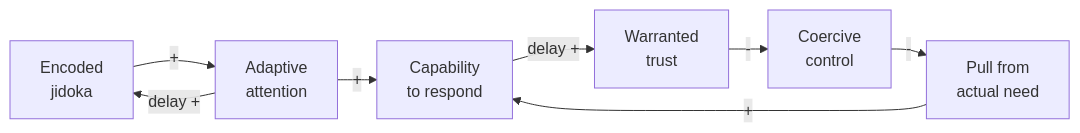
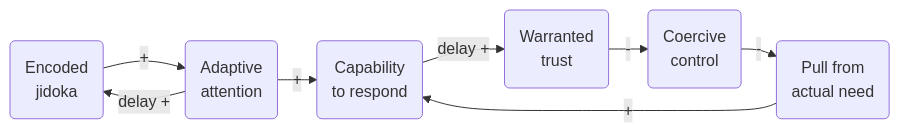
Before and after one commit to terryyin/terry-talks: the second of 3 diagrams in slides/tps-and-ai/slides.md, drawn with Mermaid. The commit also changed other lines of this file and 2 other files, not shown here.

````diff
--- a/slides/tps-and-ai/slides.md
+++ b/slides/tps-and-ai/slides.md
@@ -376,18 +377,18 @@
 ```mermaid {scale: 0.75}
 %%{init: {'flowchart': {'rankSpacing': 30, 'nodeSpacing': 25}}}%%
 flowchart LR
-  EJ[Encoded<br>jidoka]
-  AA[Adaptive<br>attention]
-  CAP[Capability<br>to respond]
-  WT[Warranted<br>trust]
-  CC[Coercive<br>control]
-  PULL[Pull from<br>actual need]
+  EJ(Encoded<br>jidoka)
+  AA(Adaptive<br>attention)
+  CAP(Capability<br>to respond)
+  WT(Warranted<br>trust)
+  CC(Coercive<br>control)
+  PULL(Pull from<br>actual need)
 
   EJ -->|"+"| AA
   AA -->|"delay +"| EJ
   AA -->|"+"| CAP
   CAP -->|"delay +"| WT
   WT -->|"-"| CC
   CC -->|"-"| PULL
   PULL -->|"+"| CAP
 ```
````
